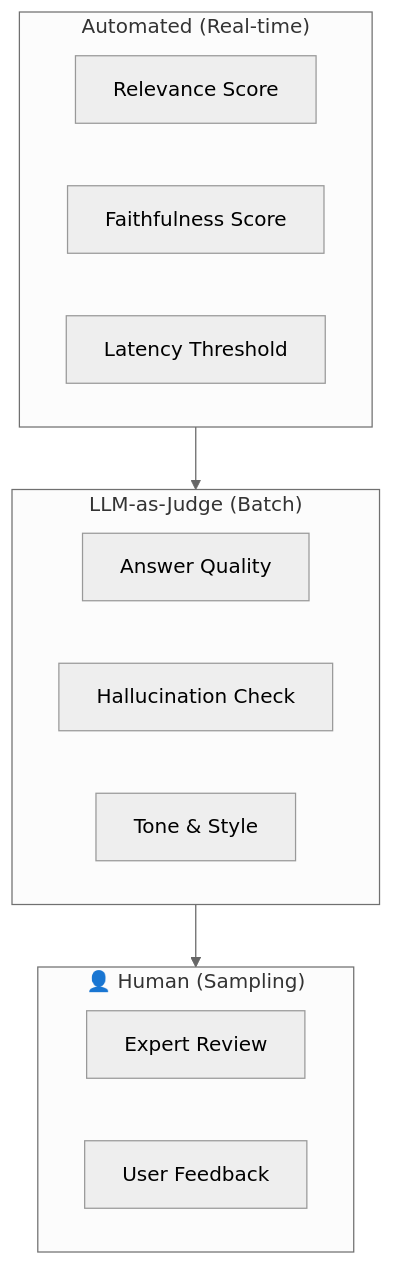
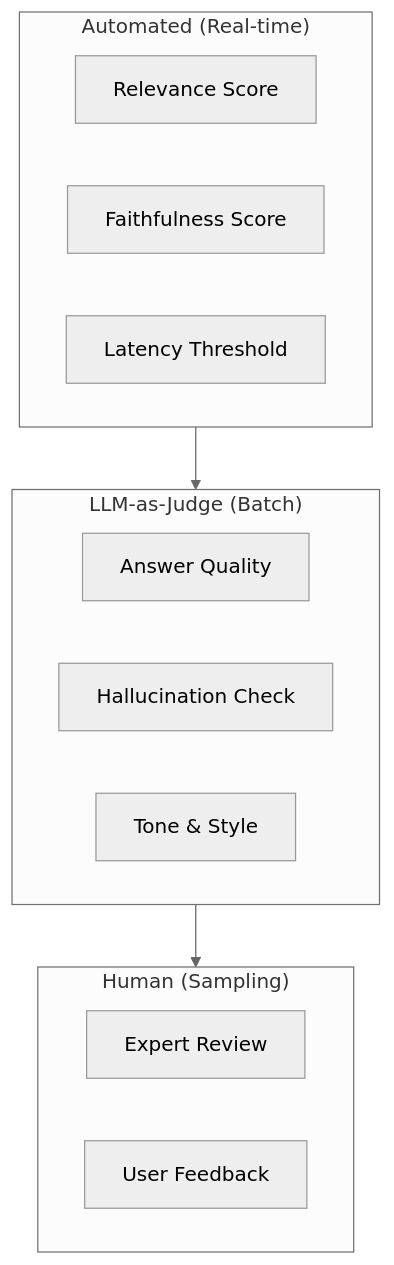
Before and after one commit to trangtoan293/hanas-doc: the first of 2 diagrams in website/docs/12-ai-service/langfuse/best-practices.md, drawn with Mermaid (neutral theme). The commit also changed 133 other files, not shown here.

````diff
--- a/website/docs/12-ai-service/langfuse/best-practices.md
+++ b/website/docs/12-ai-service/langfuse/best-practices.md
@@ -7,22 +7,22 @@
 ```mermaid
 flowchart TB
     subgraph Auto["Automated (Real-time)"]
         R1["Relevance Score"]
         R2["Faithfulness Score"]
         R3["Latency Threshold"]
     end
 
     subgraph LLMJudge["LLM-as-Judge (Batch)"]
         J1["Answer Quality"]
         J2["Hallucination Check"]
         J3["Tone & Style"]
     end
 
-    subgraph Human["👤 Human (Sampling)"]
+    subgraph Human["Human (Sampling)"]
         H1["Expert Review"]
         H2["User Feedback"]
     end
 
     Auto --> LLMJudge
     LLMJudge --> Human
 ```
````
